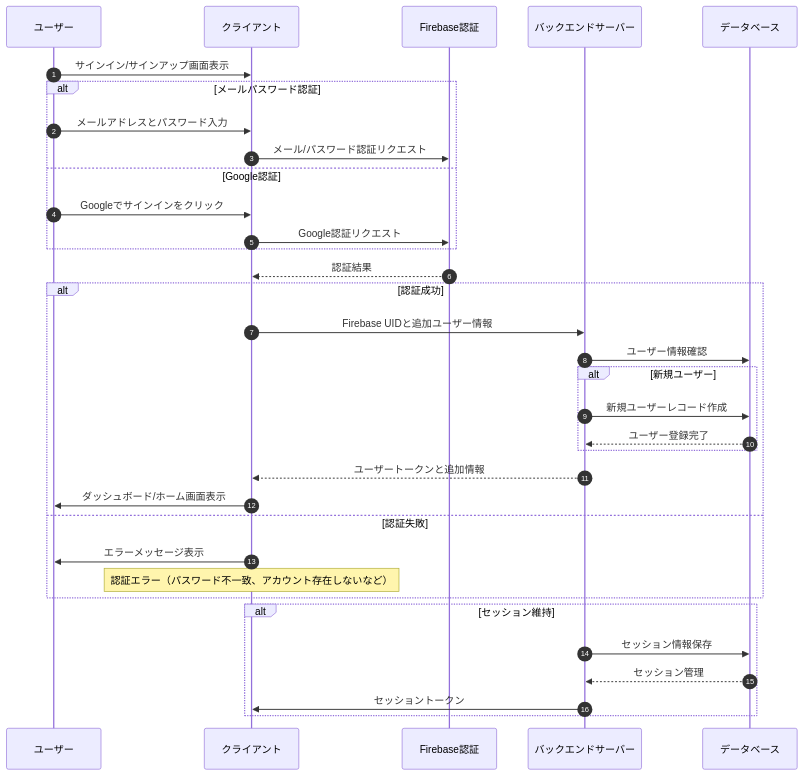
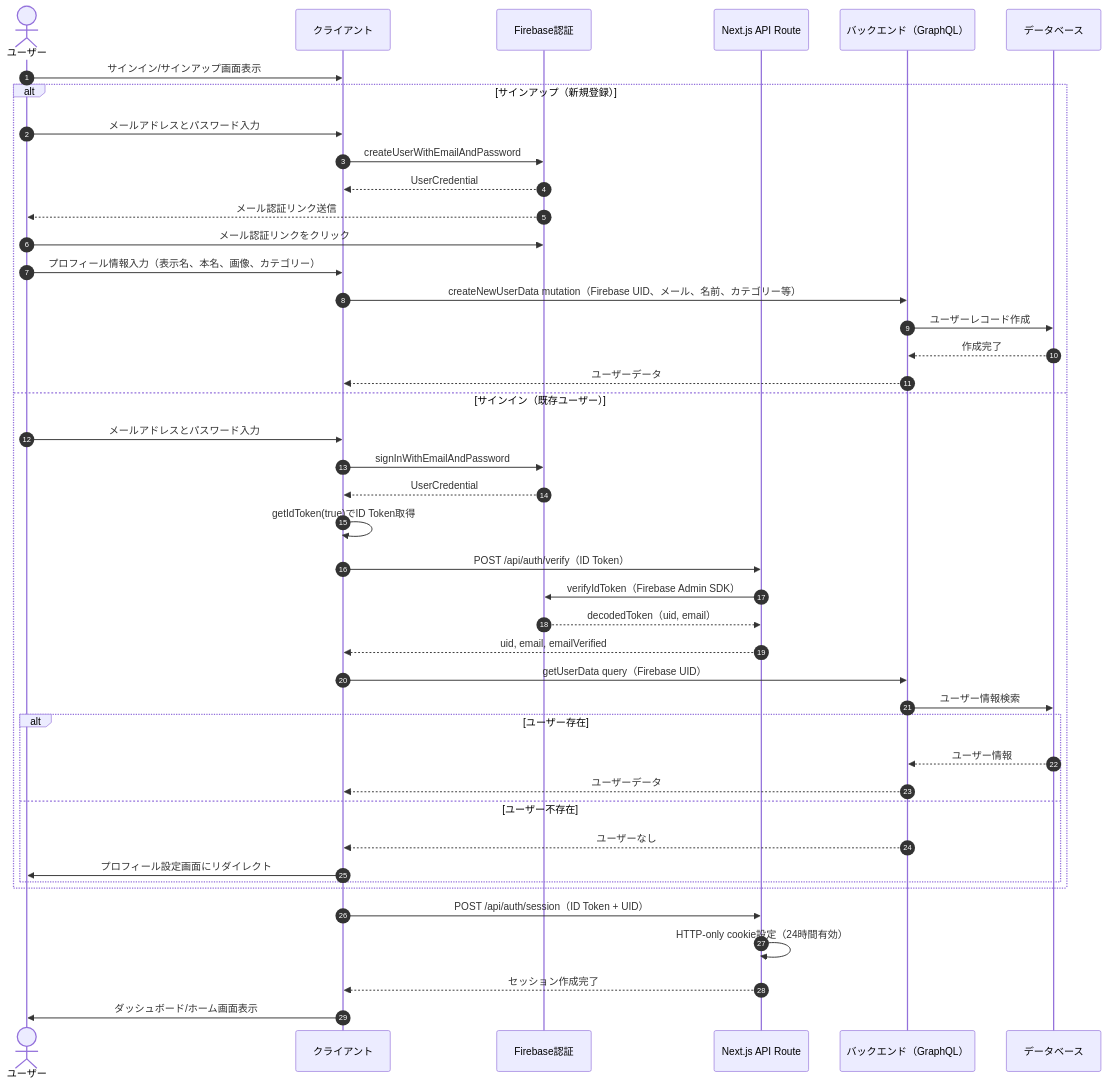
One commit to sc-hosokawa/frienda changed the first of 13 diagrams in docs/sequence-diagrams.md. Above: the diagram before and after it, drawn with Mermaid. The commit also changed other lines of this file, not shown here.

First line of the commit message:
docs: ソースコードの実装に基づいてシーケンス図を全面修正

````diff
--- a/docs/sequence-diagrams.md
+++ b/docs/sequence-diagrams.md
@@ -29,40 +30,54 @@
 ```mermaid
 sequenceDiagram
     autonumber
 
-    participant ユーザー
+    actor ユーザー
     participant クライアント
     participant Firebase認証
-    participant バックエンドサーバー
+    participant NextJS as Next.js API Route
+    participant バックエンド as バックエンド（GraphQL）
     participant データベース
 
     ユーザー->>クライアント: サインイン/サインアップ画面表示
-    alt メールパスワード認証
+
+    alt サインアップ（新規登録）
         ユーザー->>クライアント: メールアドレスとパスワード入力
-        クライアント->>Firebase認証: メール/パスワード認証リクエスト
-    else Google認証
-        ユーザー->>クライアント: Googleでサインインをクリック
-        クライアント->>Firebase認証: Google認証リクエスト
+        クライアント->>Firebase認証: createUserWithEmailAndPassword
+        Firebase認証-->>クライアント: UserCredential
+        Firebase認証-->>ユーザー: メール認証リンク送信
+        ユーザー->>Firebase認証: メール認証リンクをクリック
+
+        ユーザー->>クライアント: プロフィール情報入力（表示名、本名、画像、カテゴリー）
+        クライアント->>バックエンド: createNewUserData mutation（Firebase UID、メール、名前、カテゴリー等）
+        バックエンド->>データベース: ユーザーレコード作成
+        データベース-->>バックエンド: 作成完了
+        バックエンド-->>クライアント: ユーザーデータ
+
+    else サインイン（既存ユーザー）
+        ユーザー->>クライアント: メールアドレスとパスワード入力
+        クライアント->>Firebase認証: signInWithEmailAndPassword
+        Firebase認証-->>クライアント: UserCredential
+
+        クライアント->>クライアント: getIdToken(true)でID Token取得
+        クライアント->>NextJS: POST /api/auth/verify（ID Token）
+        NextJS->>Firebase認証: verifyIdToken（Firebase Admin SDK）
+        Firebase認証-->>NextJS: decodedToken（uid, email）
+        NextJS-->>クライアント: uid, email, emailVerified
+
+        クライアント->>バックエンド: getUserData query（Firebase UID）
+        バックエンド->>データベース: ユーザー情報検索
+        alt ユーザー存在
+            データベース-->>バックエンド: ユーザー情報
+            バックエンド-->>クライアント: ユーザーデータ
+        else ユーザー不存在
+            バックエンド-->>クライアント: ユーザーなし
+            クライアント->>ユーザー: プロフィール設定画面にリダイレクト
+        end
     end
 
-    Firebase認証-->>クライアント: 認証結果
-    alt 認証成功
-        クライアント->>バックエンドサーバー: Firebase UIDと追加ユーザー情報
-        バックエンドサーバー->>データベース: ユーザー情報確認
-        alt 新規ユーザー
-            バックエンドサーバー->>データベース: 新規ユーザーレコード作成
-            データベース-->>バックエンドサーバー: ユーザー登録完了
-        end
-        バックエンドサーバー-->>クライアント: ユーザートークンと追加情報
-        クライアント->>ユーザー: ダッシュボード/ホーム画面表示
-    else 認証失敗
-        クライアント->>ユーザー: エラーメッセージ表示
-        note over クライアント: 認証エラー（パスワード不一致、アカウント存在しないなど）
-    end
+    クライアント->>NextJS: POST /api/auth/session（ID Token + UID）
+    NextJS->>NextJS: HTTP-only cookie設定（24時間有効）
+    NextJS-->>クライアント: セッション作成完了
 
-    alt セッション維持
-        バックエンドサーバー->>データベース: セッション情報保存
-        データベース-->>バックエンドサーバー: セッション管理
-        バックエンドサーバー->>クライアント: セッショントークン
-    end
+    クライアント->>ユーザー: ダッシュボード/ホーム画面表示
 ```
````
